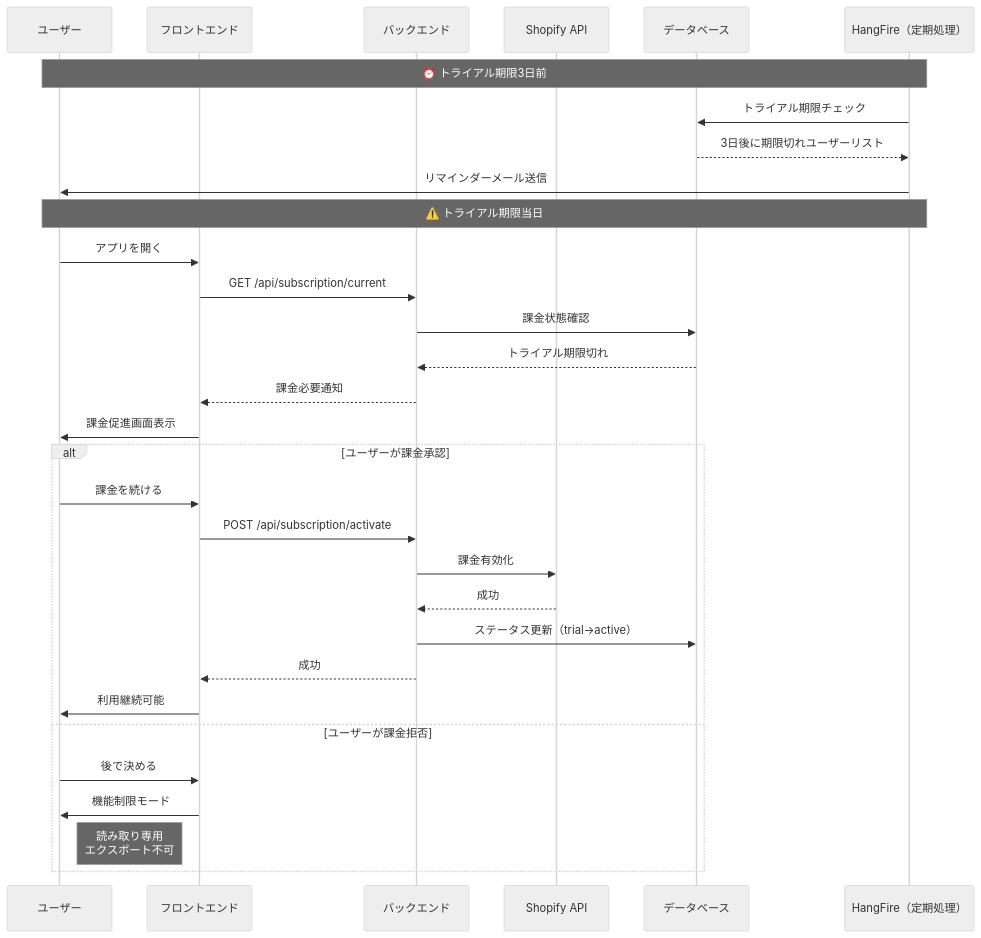
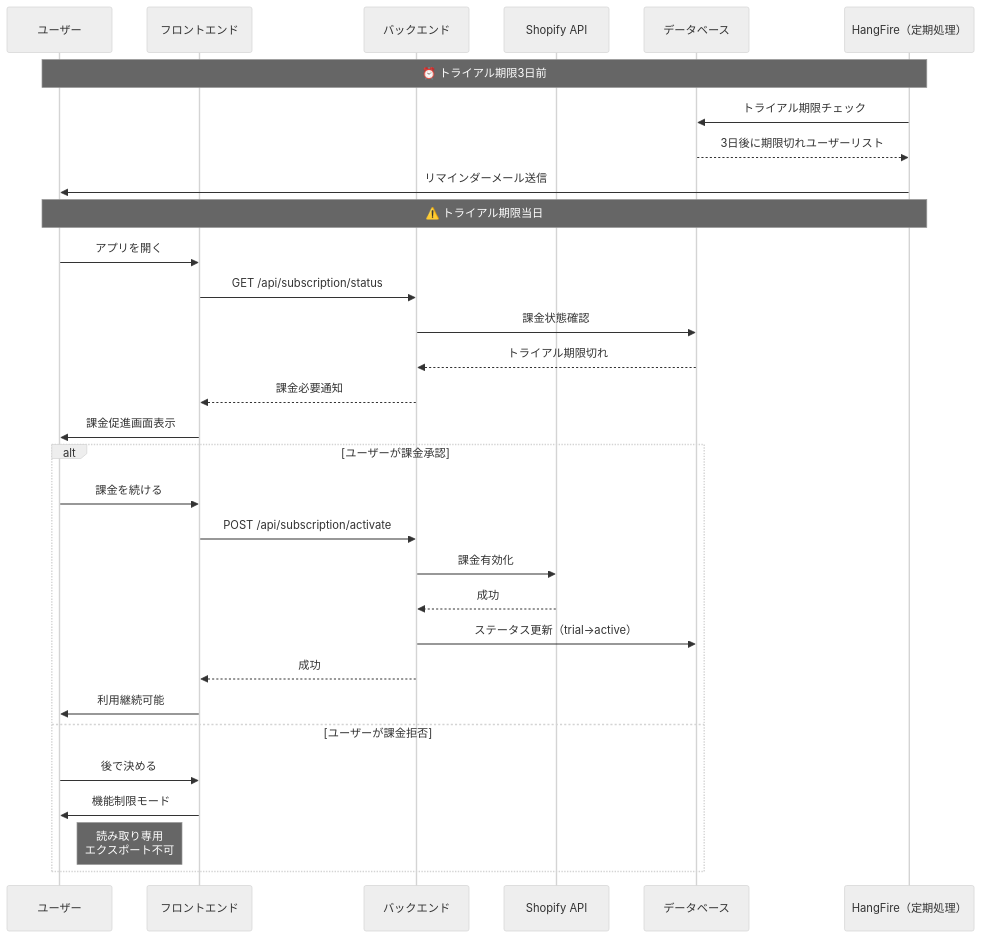
The third of 10 diagrams in docs/06-shopify/02-課金システム/02-技術仕様/フロー図解.md (sideworks-fuk/shopify-ai-marketing-suite), drawn with Mermaid (neutral theme) before and after one commit. The commit also changed other lines of this file and 28 other files, not shown here.

````diff
--- a/docs/06-shopify/02-課金システム/02-技術仕様/フロー図解.md
+++ b/docs/06-shopify/02-課金システム/02-技術仕様/フロー図解.md
@@ -98,38 +98,38 @@
 ```mermaid
 sequenceDiagram
     participant U as ユーザー
     participant F as フロントエンド
     participant B as バックエンド
     participant S as Shopify API
     participant D as データベース
     participant H as HangFire（定期処理）
     
     Note over U,H: ⏰ トライアル期限3日前
     
     H->>D: トライアル期限チェック
     D-->>H: 3日後に期限切れユーザーリスト
     H->>U: リマインダーメール送信
     
     Note over U,H: ⚠️ トライアル期限当日
     
     U->>F: アプリを開く
-    F->>B: GET /api/subscription/current
+    F->>B: GET /api/subscription/status
     B->>D: 課金状態確認
     D-->>B: トライアル期限切れ
     B-->>F: 課金必要通知
     F->>U: 課金促進画面表示
     
     alt ユーザーが課金承認
         U->>F: 課金を続ける
         F->>B: POST /api/subscription/activate
         B->>S: 課金有効化
         S-->>B: 成功
         B->>D: ステータス更新（trial→active）
         B-->>F: 成功
         F->>U: 利用継続可能
     else ユーザーが課金拒否
         U->>F: 後で決める
         F->>U: 機能制限モード
         Note right of U: 読み取り専用<br/>エクスポート不可
     end
 ```
````
